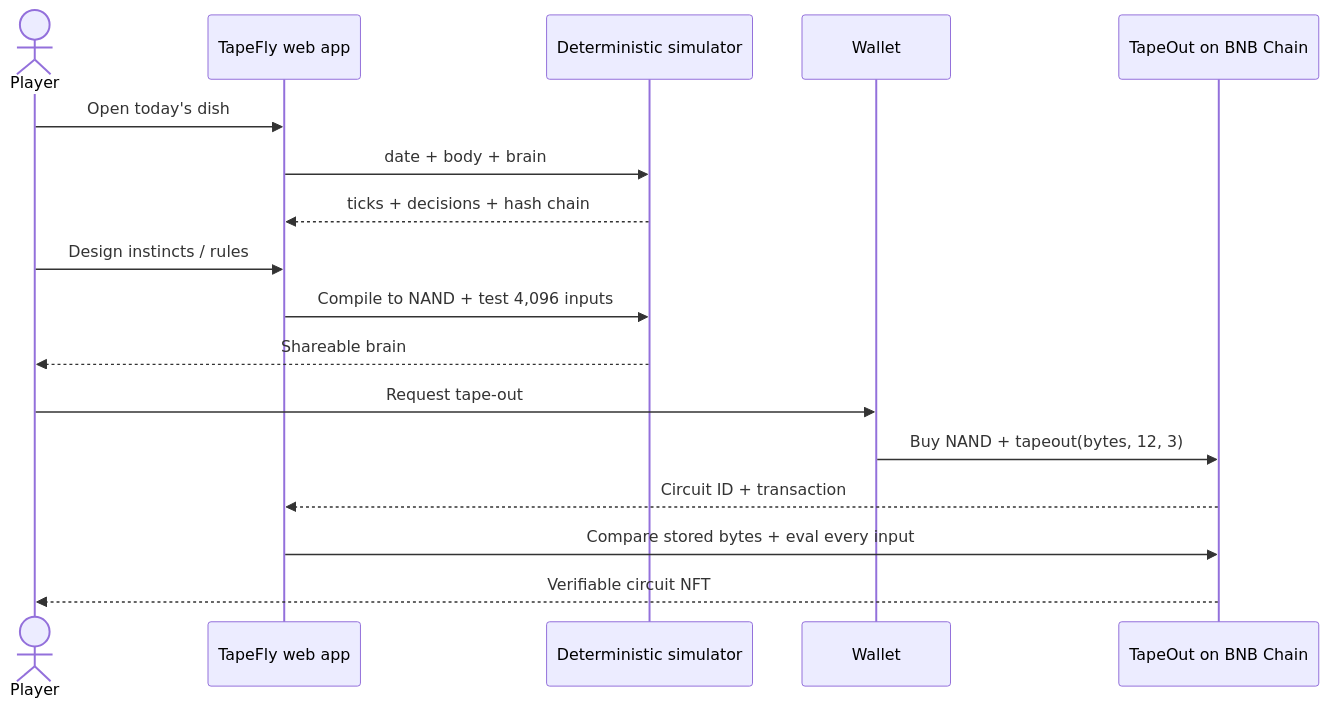
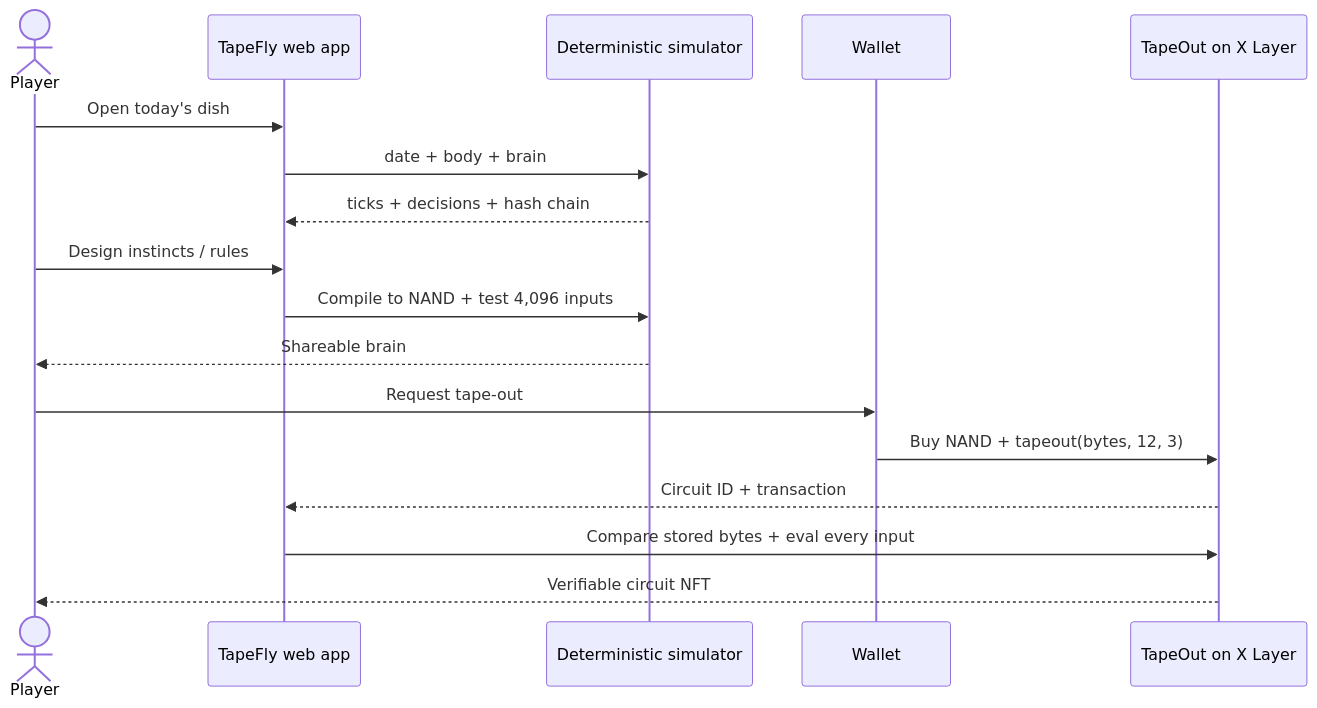
One commit to tapefly/tapefly changed the second of 2 diagrams in README.md. Above: the diagram before and after it, drawn with Mermaid. The commit also changed other lines of this file and 275 other files, not shown here.

````diff
--- a/README.md
+++ b/README.md
@@ -149,20 +152,20 @@
 ```mermaid
 sequenceDiagram
     actor Player
     participant App as TapeFly web app
     participant Sim as Deterministic simulator
     participant Wallet
-    participant Chain as TapeOut on BNB Chain
+    participant Chain as TapeOut on X Layer
 
     Player->>App: Open today's dish
     App->>Sim: date + body + brain
     Sim-->>App: ticks + decisions + hash chain
     Player->>App: Design instincts / rules
     App->>Sim: Compile to NAND + test 4,096 inputs
     Sim-->>Player: Shareable brain
     Player->>Wallet: Request tape-out
     Wallet->>Chain: Buy NAND + tapeout(bytes, 12, 3)
     Chain-->>App: Circuit ID + transaction
     App->>Chain: Compare stored bytes + eval every input
     Chain-->>Player: Verifiable circuit NFT
 ```
````
